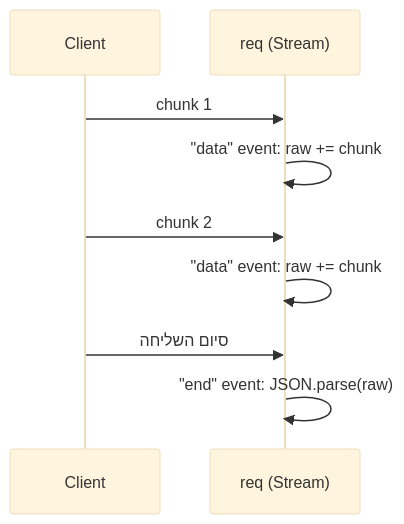
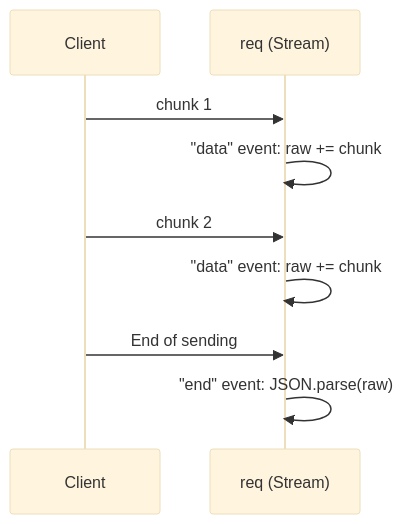
Before and after one commit to neriyaMalachi/FullStack_kodkode_5: the diagram in content/docs/server/28-vanilla-request-body-content.md, drawn with Mermaid (base theme). The commit also changed other lines of this file and 117 other files, not shown here.

````diff
--- a/content/docs/server/28-vanilla-request-body-content.md
+++ b/content/docs/server/28-vanilla-request-body-content.md
@@ -62,11 +62,11 @@
 ```mermaid
 sequenceDiagram
     participant C as Client
     participant R as req (Stream)
     C->>R: chunk 1
     R->>R: "data" event: raw += chunk
     C->>R: chunk 2
     R->>R: "data" event: raw += chunk
-    C->>R: סיום השליחה
+    C->>R: End of sending
     R->>R: "end" event: JSON.parse(raw)
 ```
````
